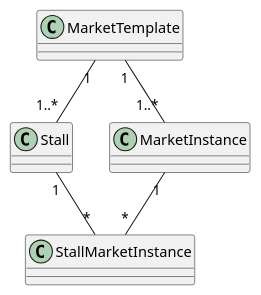
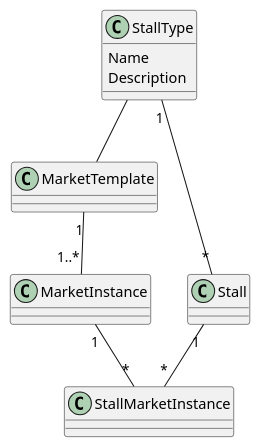
The diagram in docs/er-diagram.plantuml (JeppeTrip/LoppePortalen), drawn with PlantUML before and after one commit. The commit also changed 5 other files, not shown here.

```diff
--- a/docs/er-diagram.plantuml
+++ b/docs/er-diagram.plantuml
@@ -1,24 +1,29 @@
 @startuml
 class MarketTemplate {
 
 }
 
 class Stall {
 
 }
 
 class MarketInstance {
 
 }
 
 class StallMarketInstance {
 
 }
 
+class StallType {
+    Name
+    Description
+}
+
 MarketTemplate "1" --"1..*" MarketInstance
-MarketTemplate "1" -- "1..*" Stall
 Stall "1" -- "*" StallMarketInstance
 MarketInstance "1" -- "*" StallMarketInstance
-
+StallType "1" -- "*" Stall
+StallType -- MarketTemplate
 
 @enduml
```
